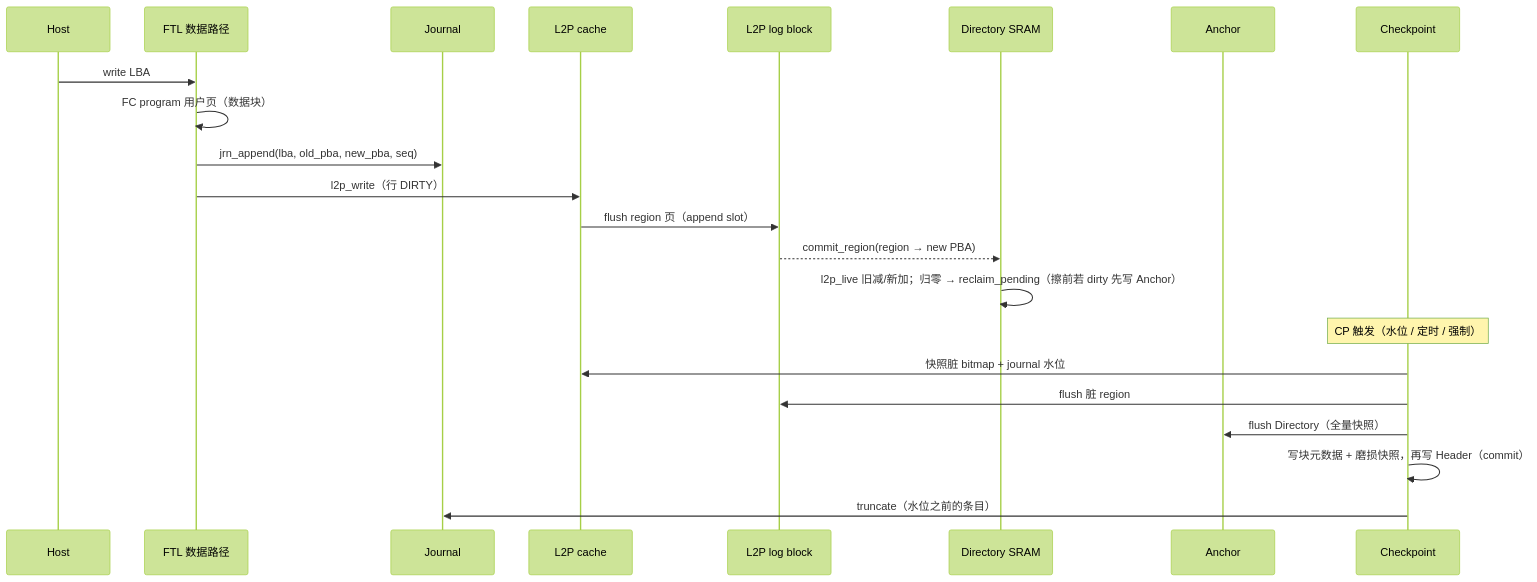
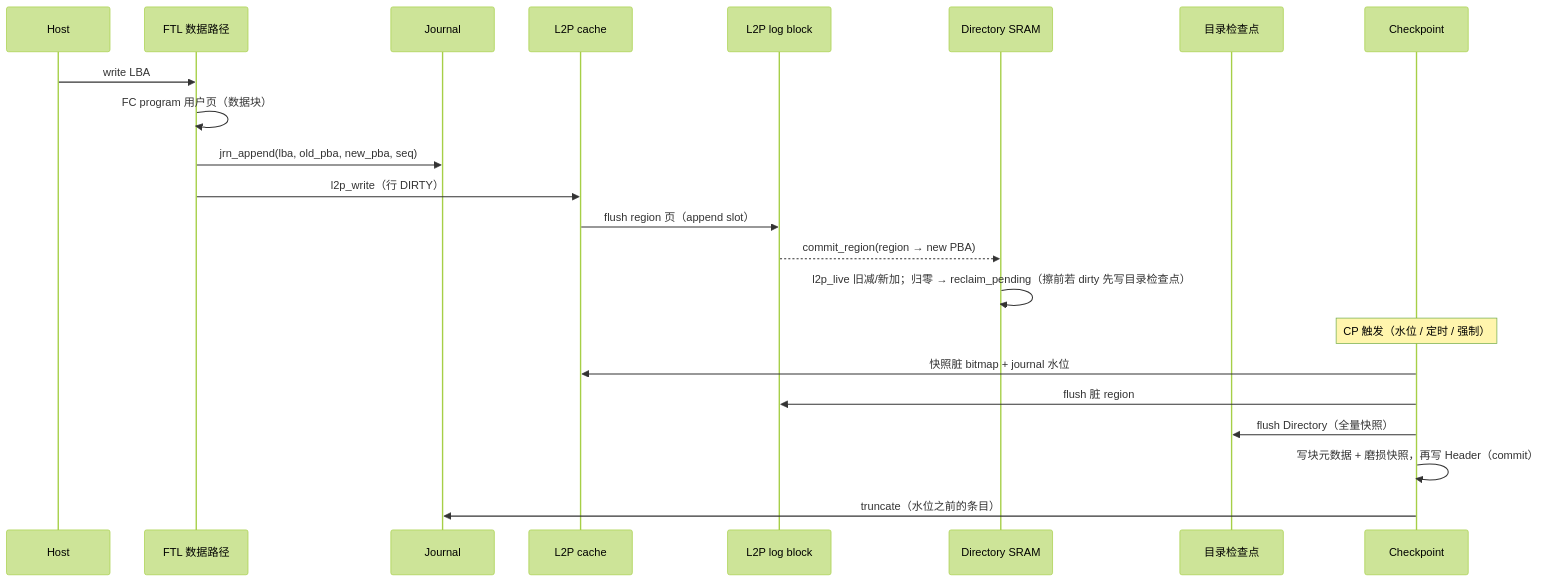
One commit to YzYMIAO/BASESSD changed the fourth of 34 diagrams in docs/design/ftl_design.md. Above: the diagram before and after it, drawn with Mermaid (forest theme). The commit also changed other lines of this file and 45 other files, not shown here.

````diff
--- a/docs/design/ftl_design.md
+++ b/docs/design/ftl_design.md
@@ -946,24 +948,24 @@
 ```mermaid
 sequenceDiagram
     participant H as Host
     participant F as FTL 数据路径
     participant J as Journal
     participant L as L2P cache
     participant LB as L2P log block
     participant D as Directory SRAM
-    participant A as Anchor
+    participant A as 目录检查点
     participant C as Checkpoint
     H->>F: write LBA
     F->>F: FC program 用户页（数据块）
     F->>J: jrn_append(lba, old_pba, new_pba, seq)
     F->>L: l2p_write（行 DIRTY）
     L->>LB: flush region 页（append slot）
     LB-->>D: commit_region(region → new PBA)
-    D->>D: l2p_live 旧减/新加；归零 → reclaim_pending（擦前若 dirty 先写 Anchor）
+    D->>D: l2p_live 旧减/新加；归零 → reclaim_pending（擦前若 dirty 先写目录检查点）
     Note over C: CP 触发（水位 / 定时 / 强制）
     C->>L: 快照脏 bitmap + journal 水位
     C->>LB: flush 脏 region
     C->>A: flush Directory（全量快照）
     C->>C: 写块元数据 + 磨损快照，再写 Header（commit）
     C->>J: truncate（水位之前的条目）
 ```
````
